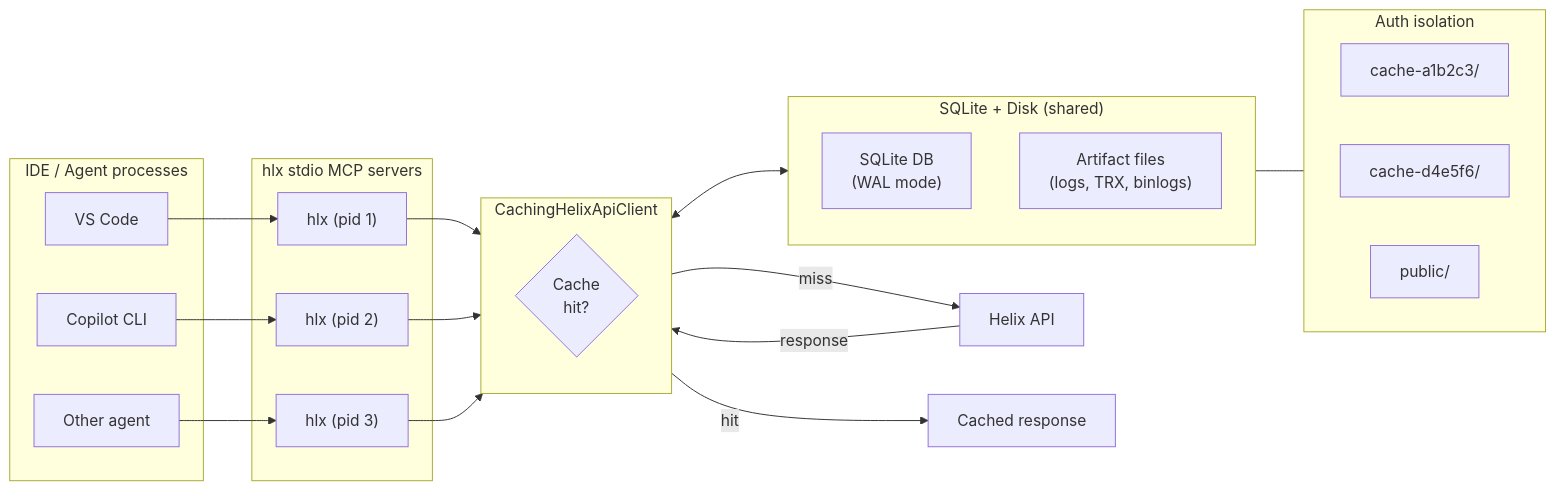
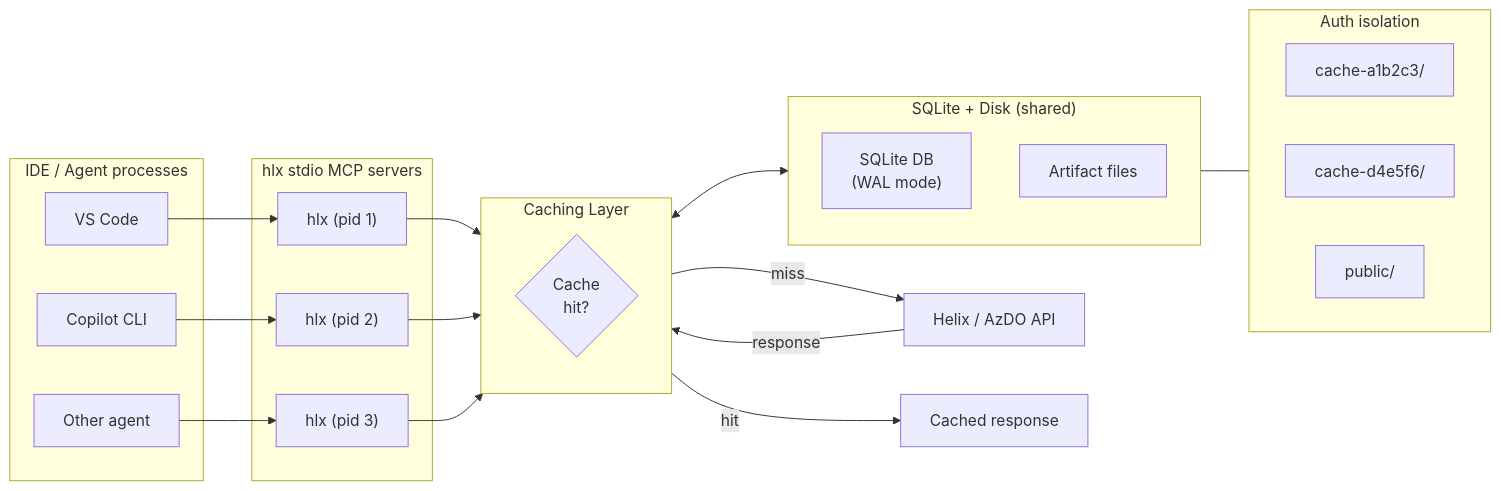
The diagram in README.md (lewing/helix.mcp), drawn with Mermaid before and after one commit. The commit also changed other lines of this file and 3 other files, not shown here.

````diff
--- a/README.md
+++ b/README.md
@@ -479,49 +36,48 @@
 ```mermaid
 flowchart LR
     subgraph IDEs["IDE / Agent processes"]
         A1["VS Code"]
         A2["Copilot CLI"]
         A3["Other agent"]
     end
 
     subgraph Stdio["hlx stdio MCP servers"]
         P1["hlx (pid 1)"]
         P2["hlx (pid 2)"]
         P3["hlx (pid 3)"]
     end
 
     A1 --> P1
     A2 --> P2
     A3 --> P3
 
     P1 --> Cache
     P2 --> Cache
     P3 --> Cache
 
-    subgraph Cache["CachingHelixApiClient"]
+    subgraph Cache["Caching Layer"]
         direction TB
         Check{"Cache\nhit?"}
     end
 
-    Check -- miss --> API["Helix API"]
+    Check -- miss --> API["Helix / AzDO API"]
     API -- response --> Check
-
     Check -- hit --> Result["Cached response"]
 
     subgraph Store["SQLite + Disk (shared)"]
         direction TB
         DB["SQLite DB\n(WAL mode)"]
-        Artifacts["Artifact files\n(logs, TRX, binlogs)"]
+        Artifacts["Artifact files"]
     end
 
     Cache <--> Store
 
     subgraph Isolation["Auth isolation"]
         direction LR
         T1["cache-a1b2c3/"]
         T2["cache-d4e5f6/"]
         T3["public/"]
     end
 
     Store --- Isolation
 ```
````
